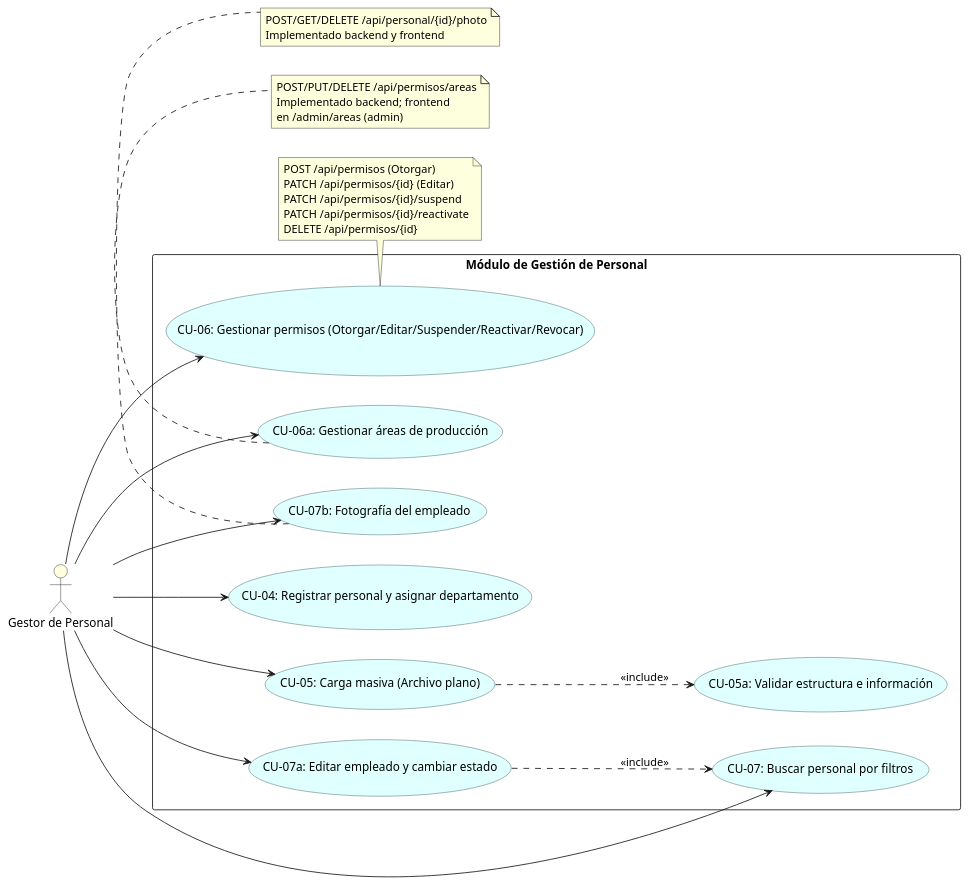
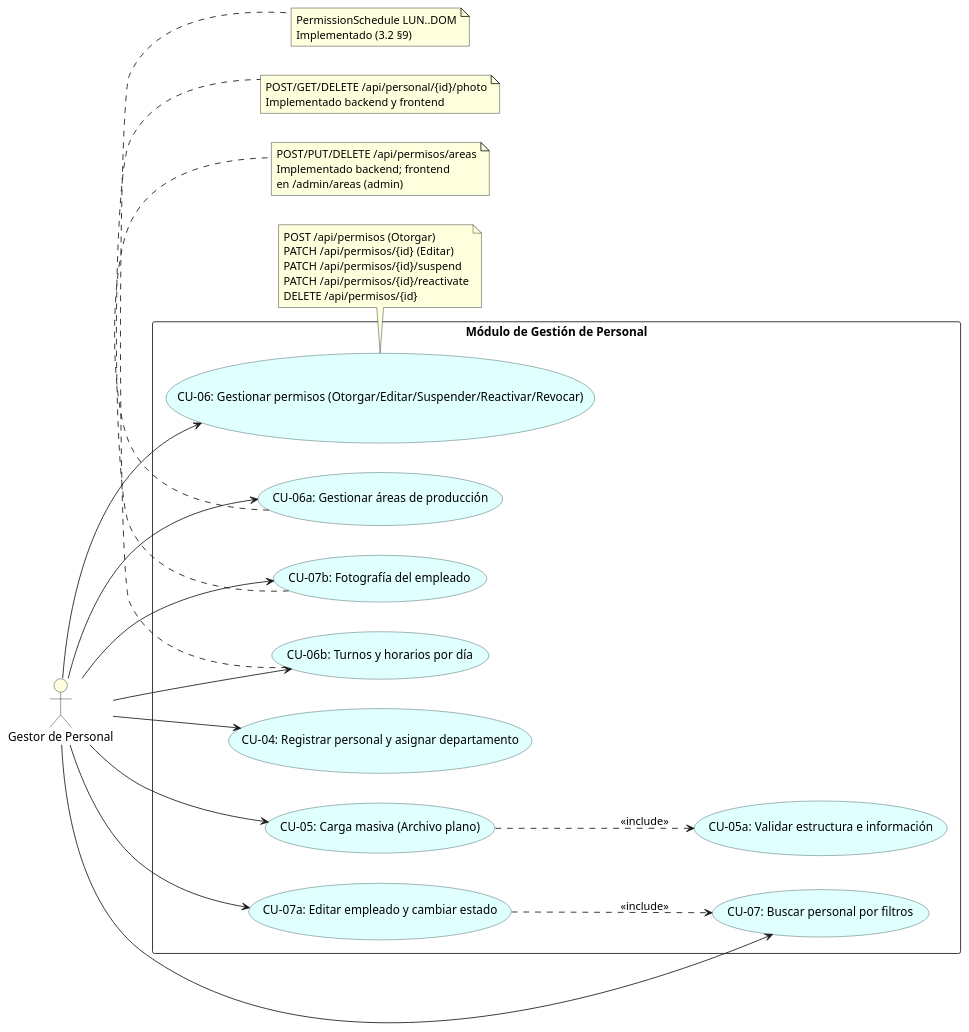
Before and after one commit to ElianMMCode/Zone-Control: the diagram in docs/diagramas/casos_uso/04_modulo_gestion_personal.puml, drawn with PlantUML. The commit also changed 2 other files, not shown here.

Commit message:
docs: Fases B/C/D complete - HUs 20-23/26/27, flows 20-22, CU-06b, plan §9.9

```diff
--- a/docs/diagramas/casos_uso/04_modulo_gestion_personal.puml
+++ b/docs/diagramas/casos_uso/04_modulo_gestion_personal.puml
@@ -1,52 +1,59 @@
 @startuml
 skinparam usecase {
     BackgroundColor LightCyan
     BorderColor DarkSlateGray
 }
 skinparam packageStyle rectangle
 left to right direction
 
 actor "Gestor de Personal" as Gestor #LightYellow
 
 package "Módulo de Gestión de Personal" {
     usecase "CU-04: Registrar personal y asignar departamento" as UC_Gest1
     usecase "CU-05: Carga masiva (Archivo plano)" as UC_Gest2
     usecase "CU-05a: Validar estructura e información" as UC_Gest3
     usecase "CU-06: Gestionar permisos (Otorgar/Editar/Suspender/Reactivar/Revocar)" as UC_Gest4
     usecase "CU-06a: Gestionar áreas de producción" as UC_Gest7
+    usecase "CU-06b: Turnos y horarios por día" as UC_Gest9
     usecase "CU-07: Buscar personal por filtros" as UC_Gest5
     usecase "CU-07a: Editar empleado y cambiar estado" as UC_Gest6
     usecase "CU-07b: Fotografía del empleado" as UC_Gest8
 
     UC_Gest2 ..> UC_Gest3 : <<include>>
     UC_Gest6 ..> UC_Gest5 : <<include>>
 }
 
 Gestor --> UC_Gest1
 Gestor --> UC_Gest2
 Gestor --> UC_Gest4
 Gestor --> UC_Gest5
 Gestor --> UC_Gest6
 Gestor --> UC_Gest7
 Gestor --> UC_Gest8
+Gestor --> UC_Gest9
 
 note bottom of UC_Gest4
   POST /api/permisos (Otorgar)
   PATCH /api/permisos/{id} (Editar)
   PATCH /api/permisos/{id}/suspend
   PATCH /api/permisos/{id}/reactivate
   DELETE /api/permisos/{id}
 end note
 
 note bottom of UC_Gest7
   POST/PUT/DELETE /api/permisos/areas
   Implementado backend; frontend
   en /admin/areas (admin)
 end note
 
 note bottom of UC_Gest8
   POST/GET/DELETE /api/personal/{id}/photo
   Implementado backend y frontend
 end note
 
+note bottom of UC_Gest9
+  PermissionSchedule LUN..DOM
+  Implementado (3.2 §9)
+end note
+
 @enduml
```
